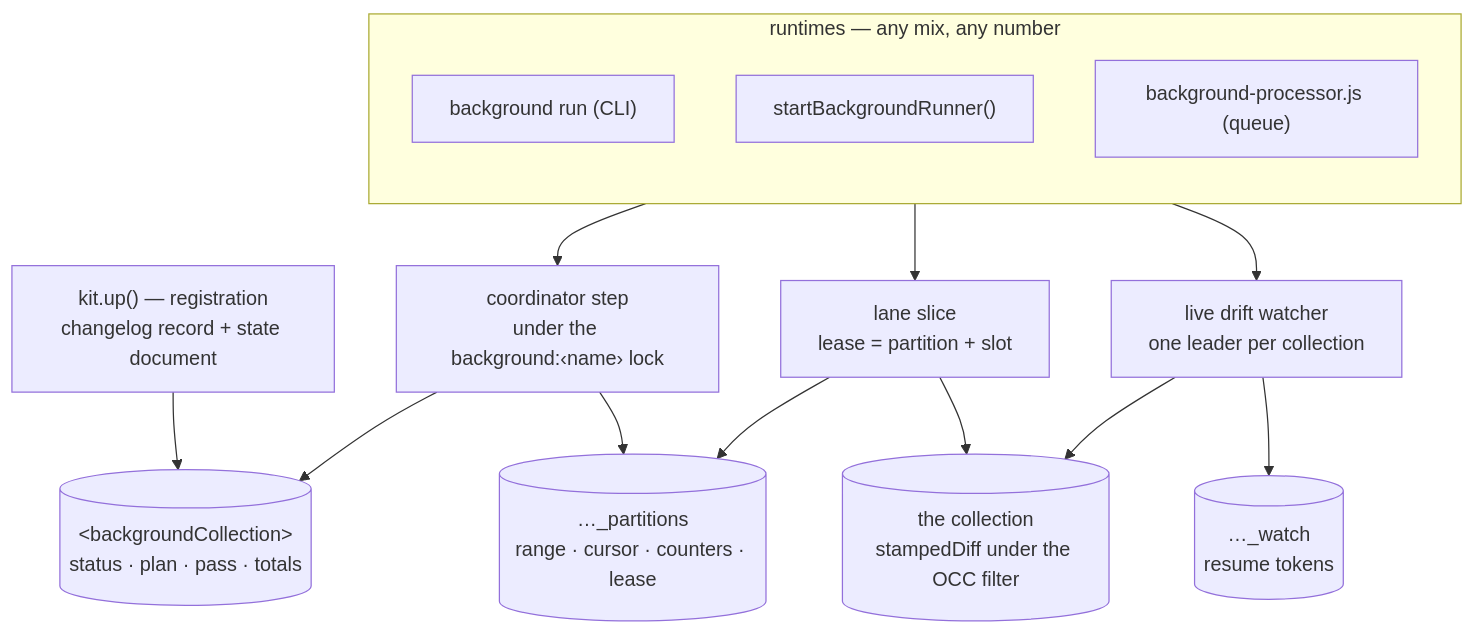
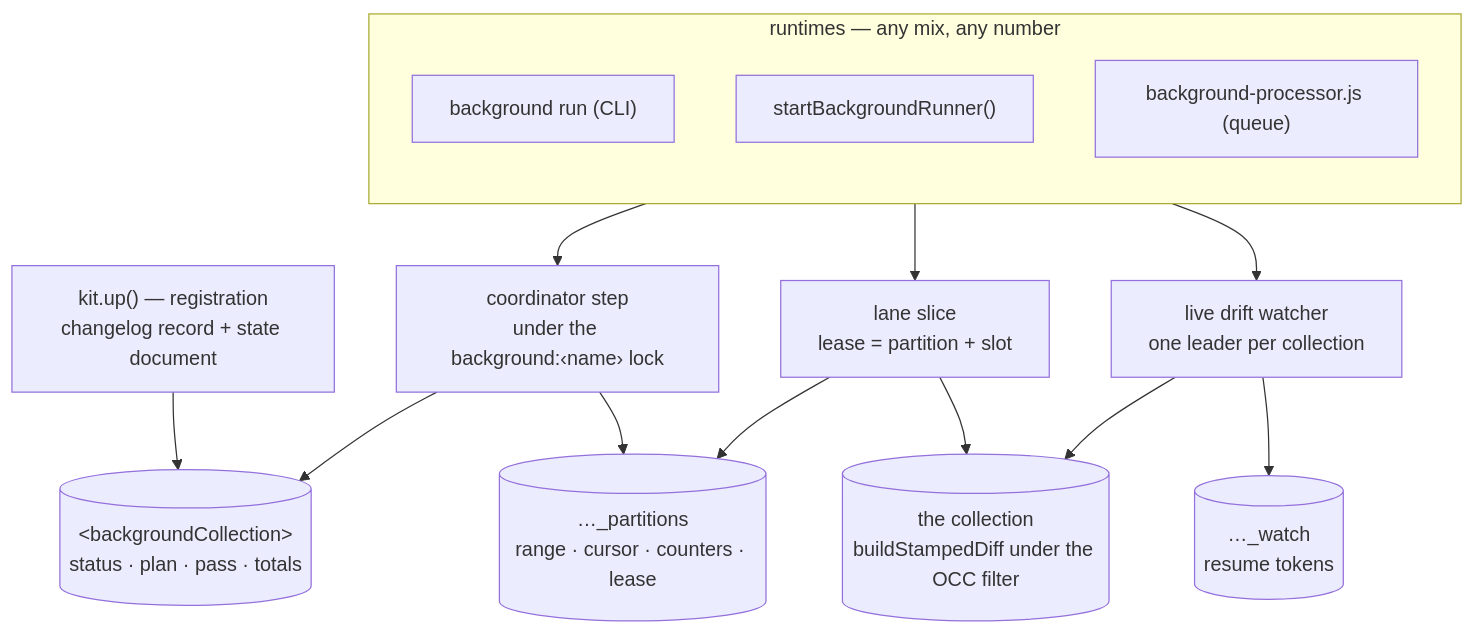
Before and after one commit to Alexis-Technologies/migronaut: the fourth of 4 diagrams in ARCHITECTURE.md, drawn with Mermaid. The commit also changed other lines of this file and 310 other files, not shown here.

````diff
--- a/ARCHITECTURE.md
+++ b/ARCHITECTURE.md
@@ -1330,28 +1367,28 @@
 ```mermaid
 flowchart TB
   accTitle: Background migrations — who writes what
   UP["kit.up() — registration<br/>changelog record + state document"]
   subgraph RT ["runtimes — any mix, any number"]
     direction TB
     R1["background run (CLI)"]
     R2["startBackgroundRunner()"]
     R3["background-processor.js (queue)"]
   end
   COORD["coordinator step<br/>under the background:‹name› lock"]
   LANE["lane slice<br/>lease = partition + slot"]
   WATCH["live drift watcher<br/>one leader per collection"]
   ST[("&lt;backgroundCollection&gt;<br/>status · plan · pass · totals")]
   PA[("…_partitions<br/>range · cursor · counters · lease")]
   WA[("…_watch<br/>resume tokens")]
-  DOCS[("the collection<br/>stampedDiff under the OCC filter")]
+  DOCS[("the collection<br/>buildStampedDiff under the OCC filter")]
   UP --> ST
   RT --> COORD
   RT --> LANE
   RT --> WATCH
   COORD --> ST
   COORD --> PA
   LANE --> PA
   LANE --> DOCS
   WATCH --> WA
   WATCH --> DOCS
 ```
````
